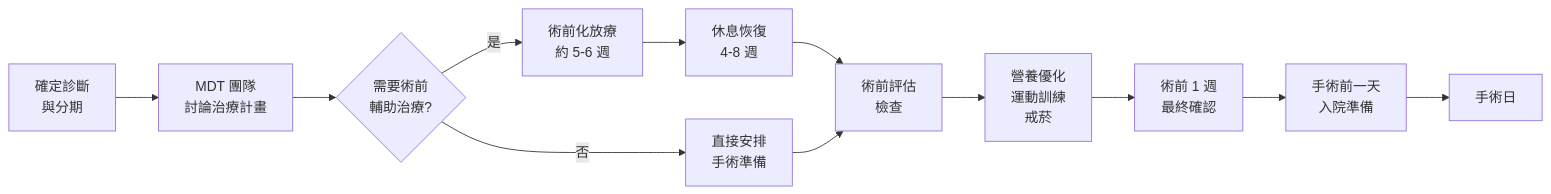
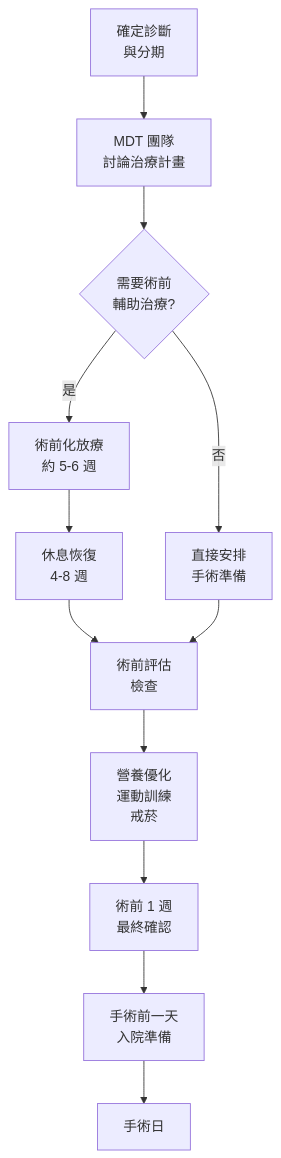
One commit to dontchangela-bit/esophageal-education changed the diagram in 食道癌微創手術/一般版/03_術前準備.md. Above: the diagram before and after it, drawn with Mermaid. The commit also changed 7 other files, not shown here.

Commit message:
Change flowchart LR to TD (vertical layout)

````diff
--- a/食道癌微創手術/一般版/03_術前準備.md
+++ b/食道癌微創手術/一般版/03_術前準備.md
@@ -164,14 +164,14 @@
 ```mermaid
-flowchart LR
+flowchart TD
     A[確定診斷<br/>與分期] --> B[MDT 團隊<br/>討論治療計畫]
     B --> C{需要術前<br/>輔助治療?}
     C -->|是| D[術前化放療<br/>約 5-6 週]
     C -->|否| E[直接安排<br/>手術準備]
     D --> F[休息恢復<br/>4-8 週]
     F --> G[術前評估<br/>檢查]
     E --> G
     G --> H[營養優化<br/>運動訓練<br/>戒菸]
     H --> I[術前 1 週<br/>最終確認]
     I --> J[手術前一天<br/>入院準備]
     J --> K[手術日]
 ```
````
